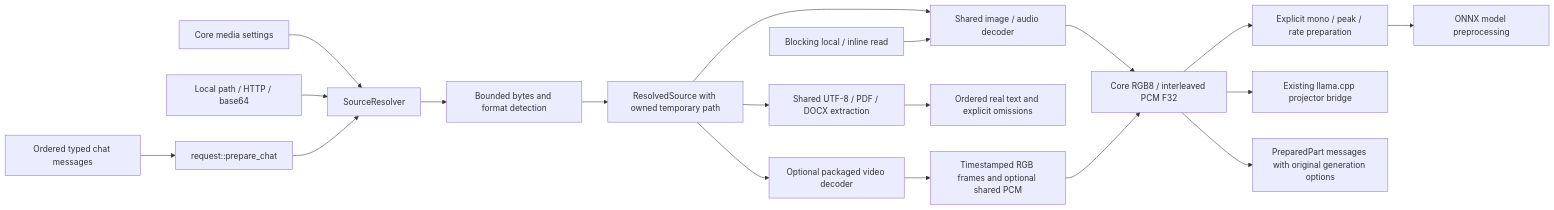
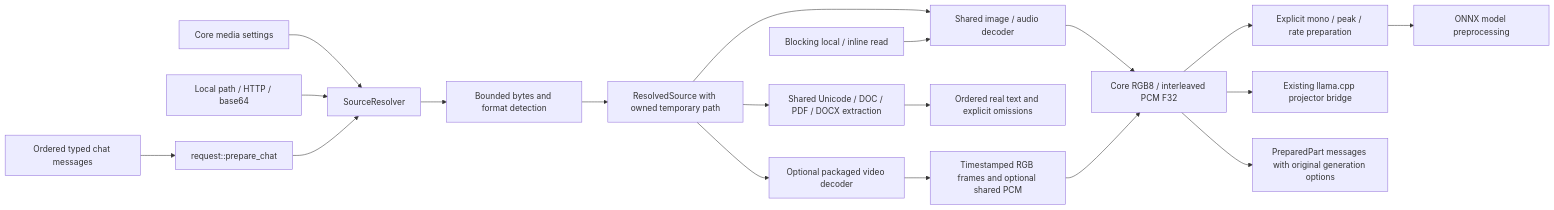
The diagram in engine/media/README.md (cluaiz/cluaiz), drawn with Mermaid before and after one commit. The commit also changed other lines of this file and 31 other files, not shown here.

````diff
--- a/engine/media/README.md
+++ b/engine/media/README.md
@@ -11,21 +11,21 @@
 ```mermaid
 flowchart LR
     A["Core media settings"] --> B["SourceResolver"]
     C["Local path / HTTP / base64"] --> B
     B --> D["Bounded bytes and format detection"]
     D --> E["ResolvedSource with owned temporary path"]
     E --> F["Shared image / audio decoder"]
-    E --> D2["Shared UTF-8 / PDF / DOCX extraction"]
+    E --> D2["Shared Unicode / DOC / PDF / DOCX extraction"]
     D2 --> T["Ordered real text and explicit omissions"]
     G["Blocking local / inline read"] --> F
     F --> H["Core RGB8 / interleaved PCM F32"]
     H --> I["Explicit mono / peak / rate preparation"]
     I --> J["ONNX model preprocessing"]
     H --> K["Existing llama.cpp projector bridge"]
     E --> V["Optional packaged video decoder"]
     V --> VF["Timestamped RGB frames and optional shared PCM"]
     VF --> H
     L["Ordered typed chat messages"] --> M["request::prepare_chat"]
     M --> B
     H --> N["PreparedPart messages with original generation options"]
 ```
````
